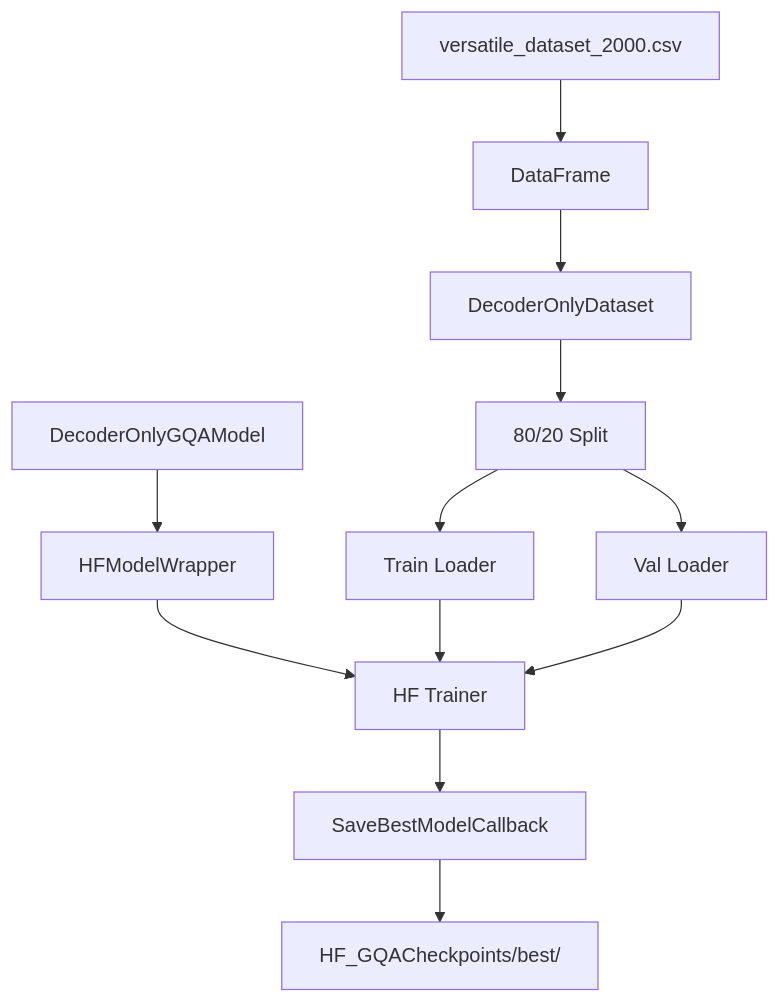
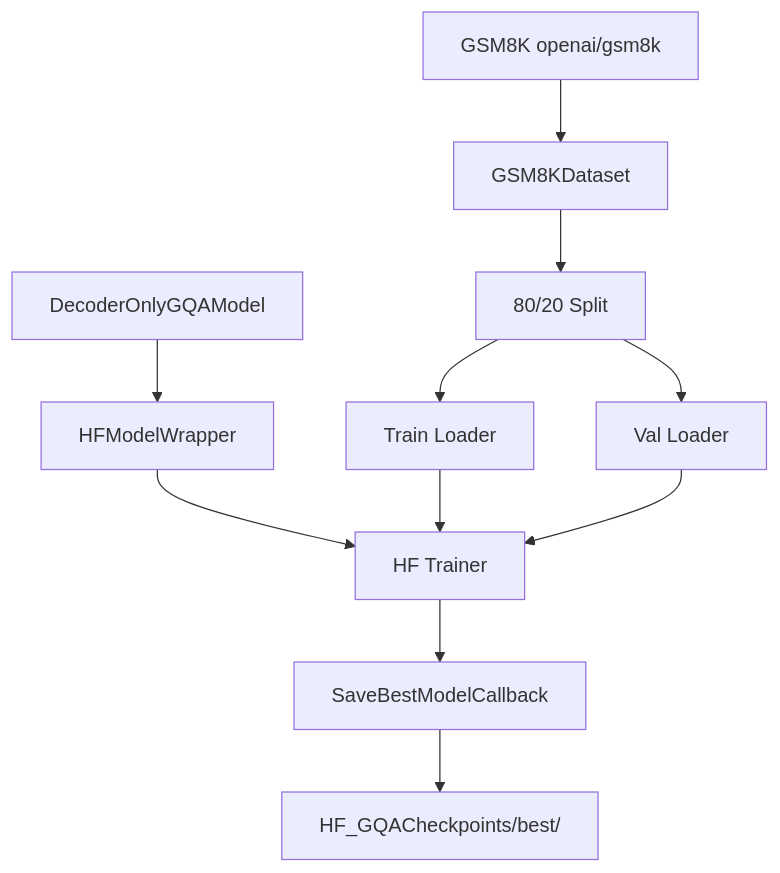
The diagram in docs/HF_GQATrainer.md (ambideXtrous9/Transformer-from-Scratch), drawn with Mermaid before and after one commit. The commit also changed other lines of this file and 67 other files, not shown here.

````diff
--- a/docs/HF_GQATrainer.md
+++ b/docs/HF_GQATrainer.md
@@ -18,14 +18,13 @@
 ```mermaid
 graph TD
-    CSV[versatile_dataset_2000.csv] --> DF[DataFrame]
-    DF --> Dataset[DecoderOnlyDataset]
+    GSM8K[GSM8K openai/gsm8k] --> Dataset[GSM8KDataset]
     Dataset --> Split[80/20 Split]
     Split --> TL[Train Loader]
     Split --> VL[Val Loader]
 
     Model[DecoderOnlyGQAModel] --> Wrapper[HFModelWrapper]
     Wrapper --> HFTrainer[HF Trainer]
     TL & VL --> HFTrainer
     HFTrainer --> Callback[SaveBestModelCallback]
     Callback --> Disk[HF_GQACheckpoints/best/]
 ```
````
